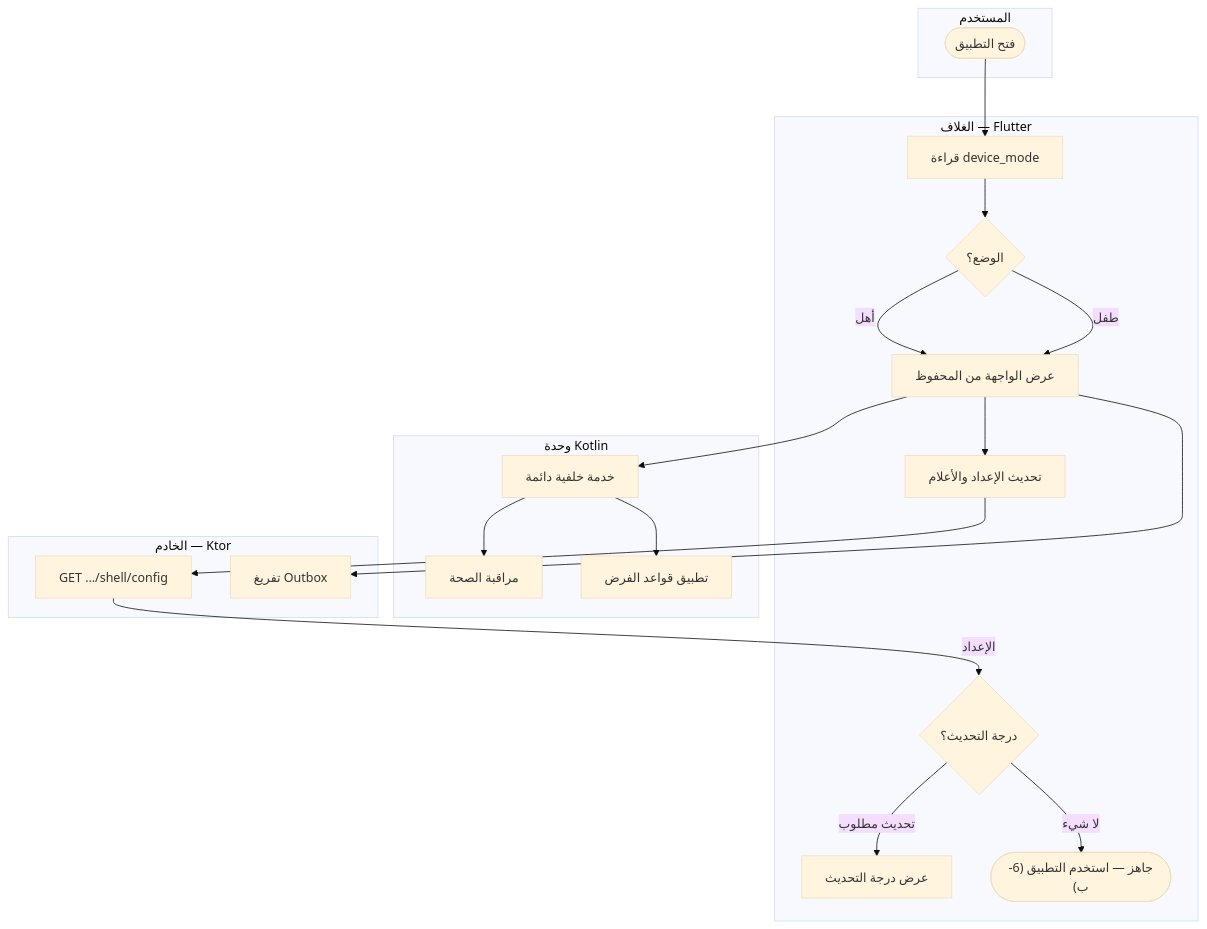
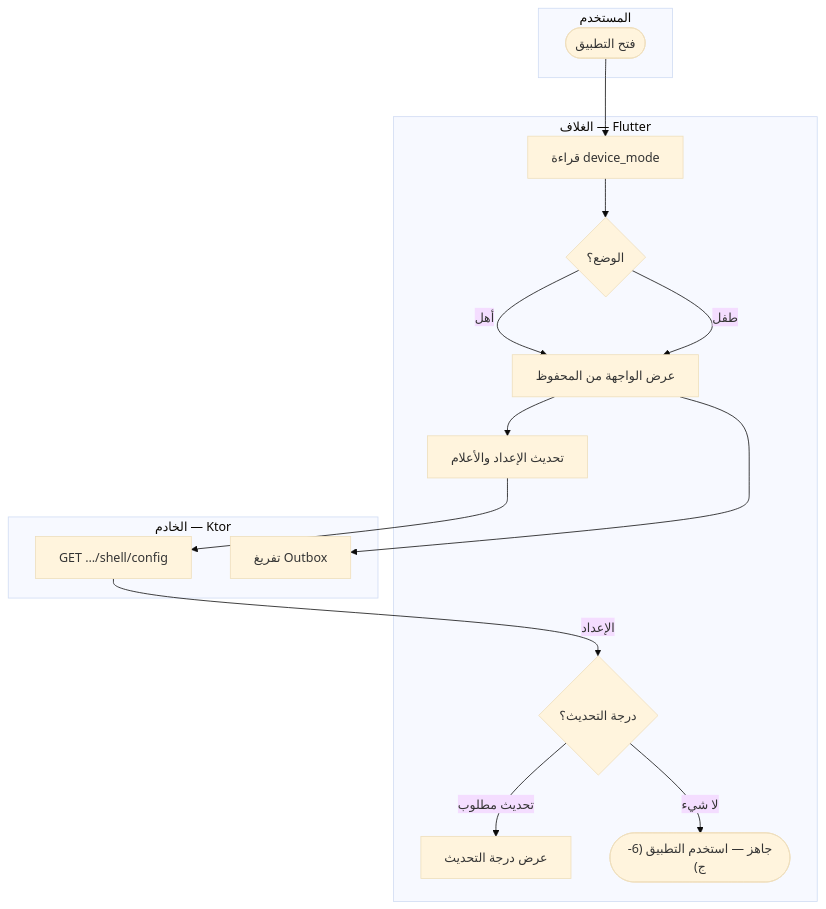
One commit to Bassam-mohammed-alqaeadi/family-os-v2 changed diagram 23 of 26 in docs/family-os/governance/phases/phase-1/S1-01-app-shell-and-platform/DIAGRAMS.md. Above: the diagram before and after it, drawn with Mermaid (base theme). The commit also changed other lines of this file, not shown here.

````diff
--- a/docs/family-os/governance/phases/phase-1/S1-01-app-shell-and-platform/DIAGRAMS.md
+++ b/docs/family-os/governance/phases/phase-1/S1-01-app-shell-and-platform/DIAGRAMS.md
@@ -655,38 +732,30 @@
 ```mermaid
 flowchart TD
     subgraph User [المستخدم]
         U1([فتح التطبيق])
     end
     subgraph Shell [الغلاف — Flutter]
         S1[قراءة device_mode]
         S2{الوضع؟}
         S4[عرض الواجهة من المحفوظ]
         S3[تحديث الإعداد والأعلام]
         S11{درجة التحديث؟}
         S12[عرض درجة التحديث]
-        Ready6(["جاهز — استخدم التطبيق (6-ب)"])
-    end
-    subgraph Kotlin [وحدة Kotlin]
-        K1[خدمة خلفية دائمة]
-        K2[مراقبة الصحة]
-        K3[تطبيق قواعد الفرض]
+        Ready6(["جاهز — استخدم التطبيق (6-ج)"])
     end
     subgraph Server [الخادم — Ktor]
         V1[GET …/shell/config]
         V3[تفريغ Outbox]
     end
 
     U1 --> S1
     S1 --> S2
     S2 -->|أهل| S4
     S2 -->|طفل| S4
     S4 --> S3
     S3 --> V1
     V1 -->|الإعداد| S11
     S11 -->|تحديث مطلوب| S12
     S11 -->|لا شيء| Ready6
-    S4 --> K1
     S4 --> V3
-    K1 --> K2
-    K1 --> K3
 ```
````
